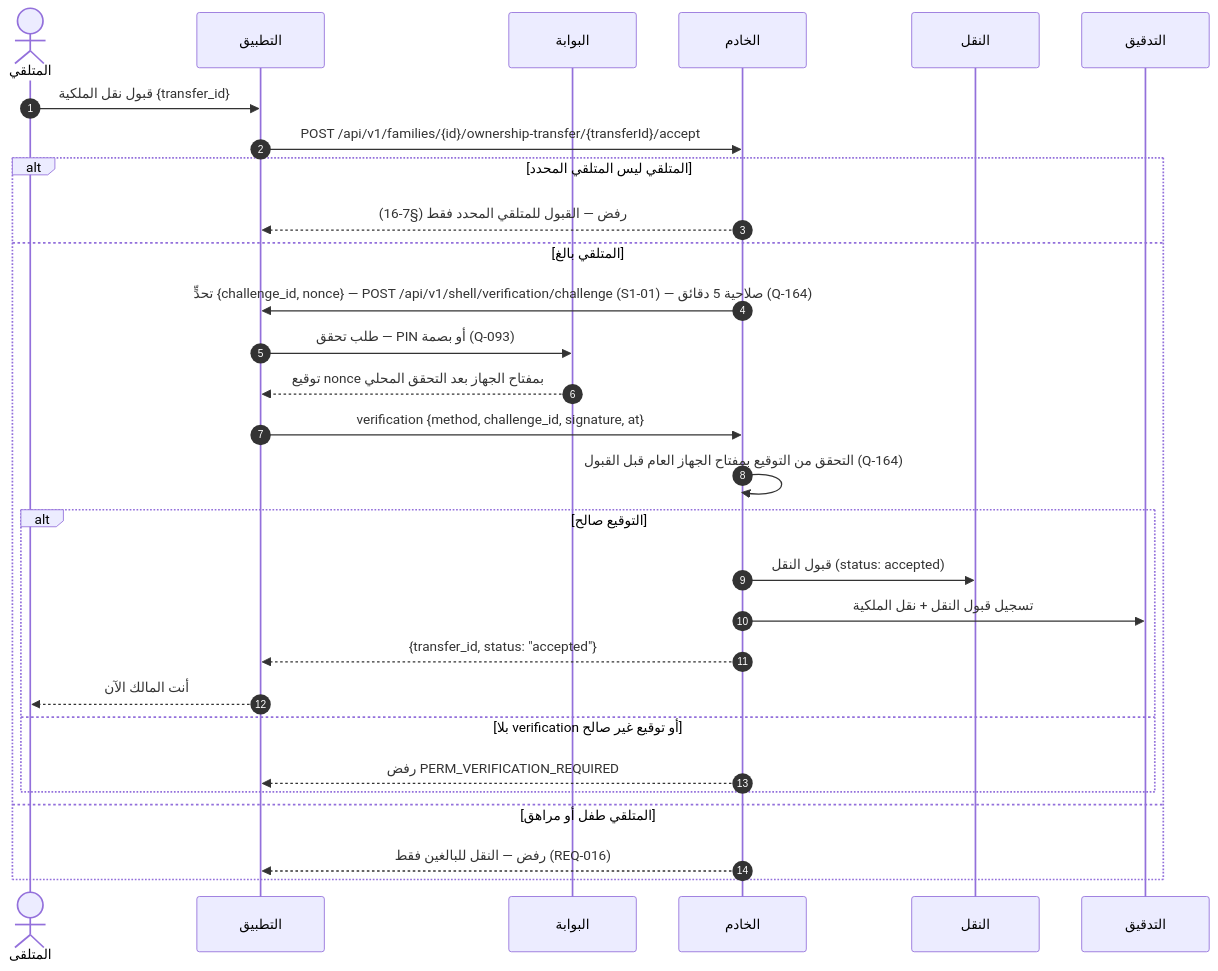
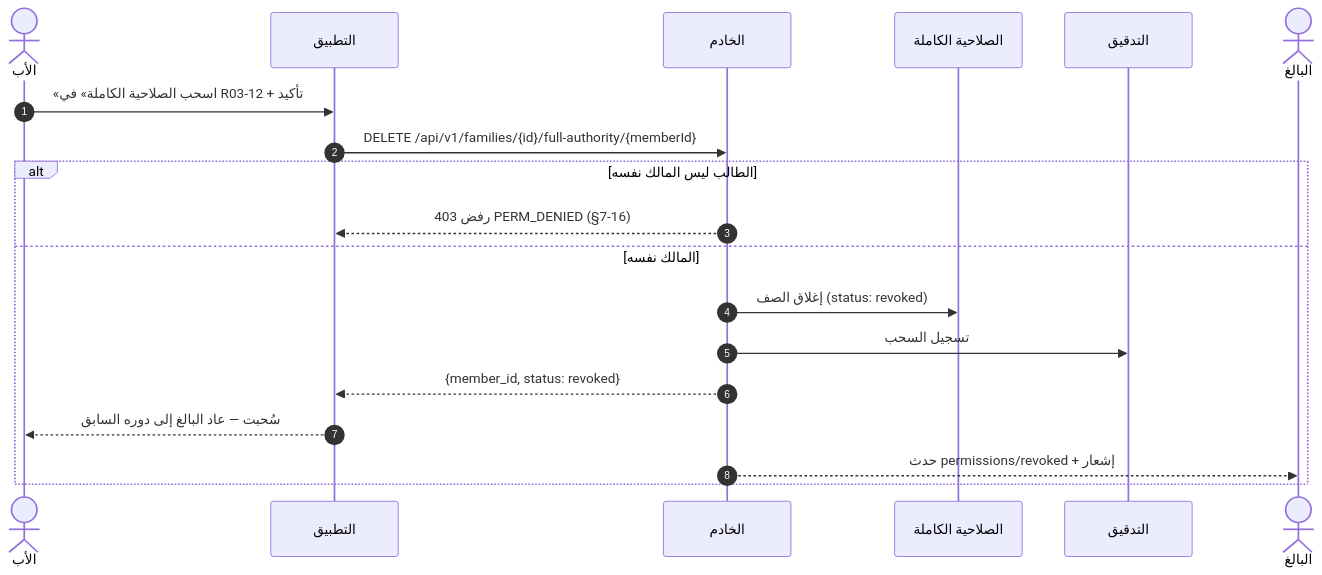
The tenth of 14 diagrams in docs/family-os/governance/phases/phase-1/S1-03-family-roles-and-permissions/DIAGRAMS.md (Bassam-mohammed-alqaeadi/family-os-v2), drawn with Mermaid before and after one commit. The commit also changed other lines of this file and 10 other files, not shown here.

Commit message:
S1-03 governance: design closure (Q-401, Q-402) — full authority replaces ownership transfer; Q-139/Q-162/Q-259 superseded; related fixes in S1-02, deletion protocol, glossary

````diff
--- a/docs/family-os/governance/phases/phase-1/S1-03-family-roles-and-permissions/DIAGRAMS.md
+++ b/docs/family-os/governance/phases/phase-1/S1-03-family-roles-and-permissions/DIAGRAMS.md
@@ -438,31 +441,22 @@
 ```mermaid
 sequenceDiagram
     autonumber
-    actor Recipient as المتلقي
+    actor Father as الأب
     participant App as التطبيق
-    participant S101 as البوابة
     participant Ktor as الخادم
-    participant Transfer as النقل
+    participant FA as الصلاحية الكاملة
     participant Audit as التدقيق
-    Recipient->>App: قبول نقل الملكية {transfer_id}
-    App->>Ktor: POST /api/v1/families/{id}/ownership-transfer/{transferId}/accept
-    alt المتلقي ليس المتلقي المحدد
-        Ktor-->>App: رفض — القبول للمتلقي المحدد فقط (§7-16)
-    else المتلقي بالغ
-        Ktor->>App: تحدٍّ {challenge_id, nonce} — POST /api/v1/shell/verification/challenge (S1-01) — صلاحية 5 دقائق (Q-164)
-        App->>S101: طلب تحقق — PIN أو بصمة (Q-093)
-        S101-->>App: توقيع nonce بمفتاح الجهاز بعد التحقق المحلي
-        App->>Ktor: verification {method, challenge_id, signature, at}
-        Ktor->>Ktor: التحقق من التوقيع بمفتاح الجهاز العام قبل القبول (Q-164)
-        alt التوقيع صالح
-            Ktor->>Transfer: قبول النقل (status: accepted)
-            Ktor->>Audit: تسجيل قبول النقل + نقل الملكية
-            Ktor-->>App: {transfer_id, status: "accepted"}
-            App-->>Recipient: أنت المالك الآن
-        else بلا verification أو توقيع غير صالح
-            Ktor-->>App: رفض PERM_VERIFICATION_REQUIRED
-        end
-    else المتلقي طفل أو مراهق
-        Ktor-->>App: رفض — النقل للبالغين فقط (REQ-016)
+    actor Adult as البالغ
+
+    Father->>App: «اسحب الصلاحية الكاملة» في R03-12 + تأكيد
+    App->>Ktor: DELETE /api/v1/families/{id}/full-authority/{memberId}
+    alt الطالب ليس المالك نفسه
+        Ktor-->>App: رفض 403 PERM_DENIED (§7-16)
+    else المالك نفسه
+        Ktor->>FA: إغلاق الصف (status: revoked)
+        Ktor->>Audit: تسجيل السحب
+        Ktor-->>App: {member_id, status: revoked}
+        App-->>Father: سُحبت — عاد البالغ إلى دوره السابق
+        Ktor-->>Adult: حدث permissions/revoked + إشعار
     end
 ```
````
